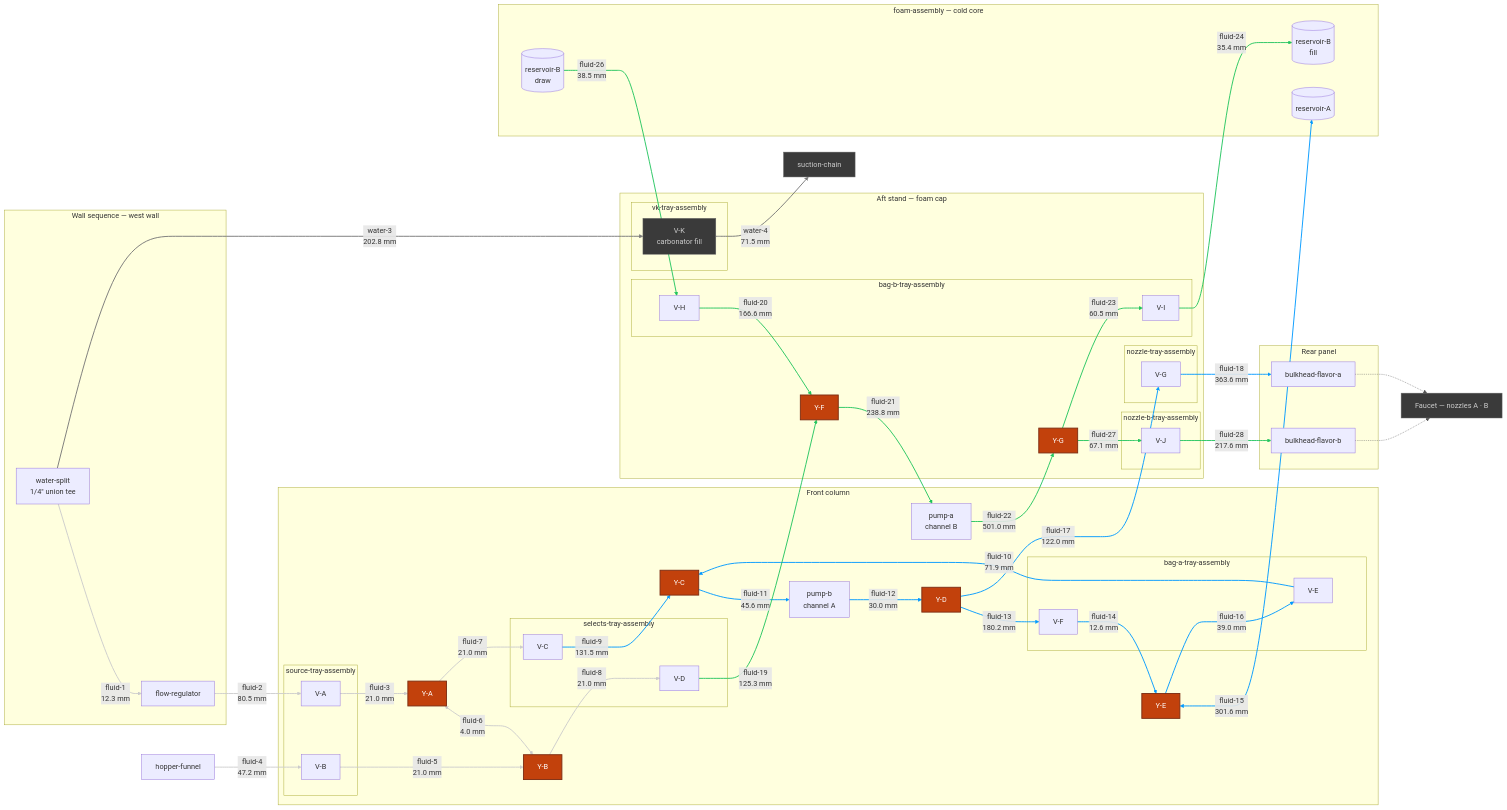
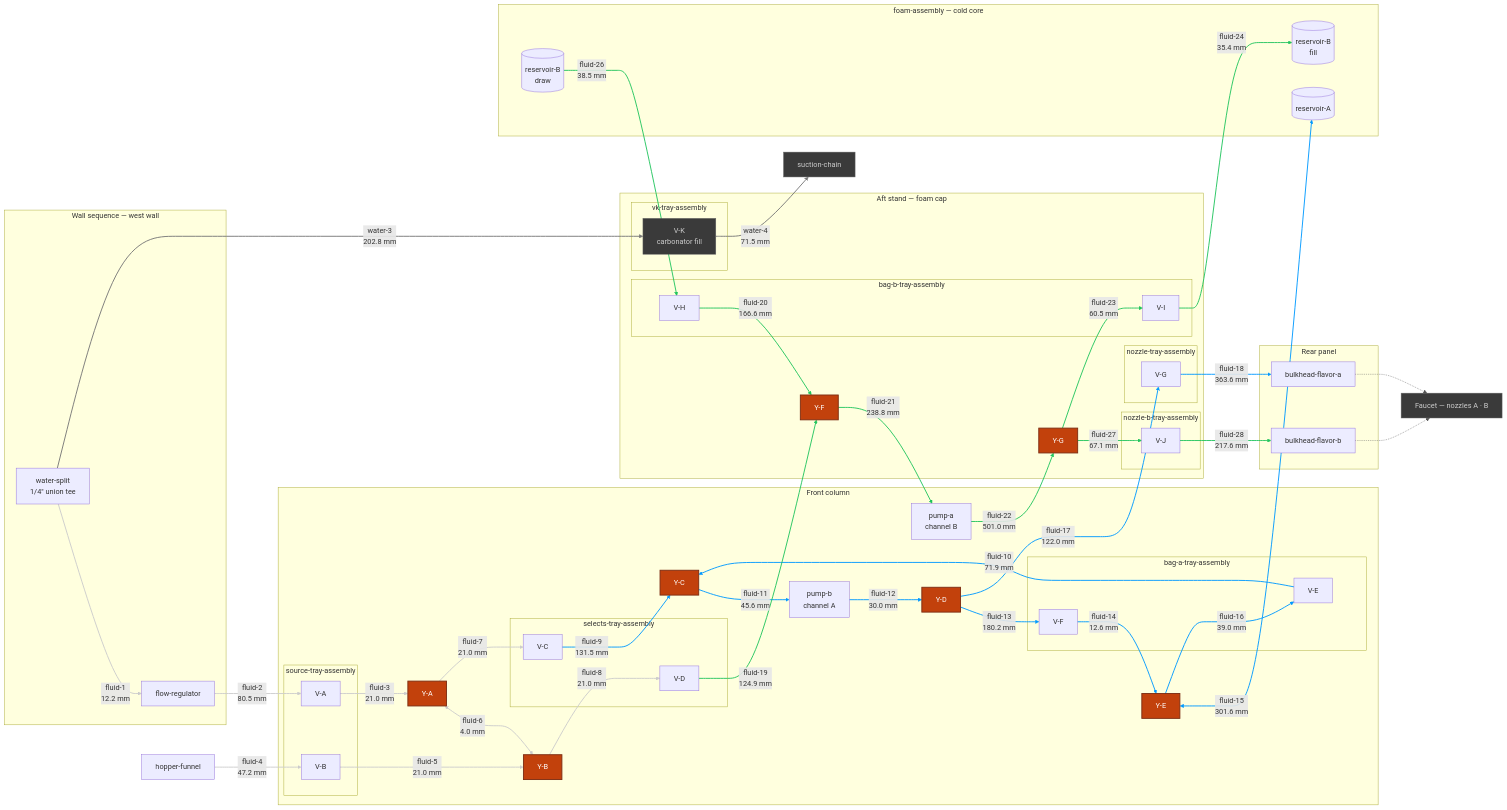
The diagram in hardware/topology/fluid-topology-manifold.mmd (derekbreden/homesodamachine), drawn with Mermaid before and after one commit. The commit also changed 5 other files, not shown here.

```diff
--- a/hardware/topology/fluid-topology-manifold.mmd
+++ b/hardware/topology/fluid-topology-manifold.mmd
@@ -10,8 +10,8 @@
   %% `_fluid_topology_sync.py` writes every number below and gates every edge against
   %% the built run — an edge whose two ends are not that run's two ends fails the gate.
 
-  %% The 27 flavor segments come to [2976.7 mm](FLUID_TOTAL) of 1/4" LLDPE, over
-  %% [68](FLUID_BENDS) bends. The longest is [fluid-22](LONGEST_ID) at
+  %% The 27 flavor segments come to [2976.1 mm](FLUID_TOTAL) of 1/4" LLDPE, over
+  %% [66](FLUID_BENDS) bends. The longest is [fluid-22](LONGEST_ID) at
   %% [501.0 mm](LONGEST_LEN); the shortest is [fluid-6](SHORTEST_ID) at
   %% [4.0 mm](SHORTEST_LEN).
 
@@ -131,7 +131,7 @@
   %% the source pair stands in the selects pair's own two seats one stack pitch up, so
   %% each Tee's run falls straight down one column and the two branches face each other
   %% across fluid-6, which puts all four ports on one hydraulic node.
-  Split -->|"fluid-1<br/>12.3 mm"| Reg
+  Split -->|"fluid-1<br/>12.2 mm"| Reg
   Reg -->|"fluid-2<br/>80.5 mm"| VA
   VA -->|"fluid-3<br/>21.0 mm"| YA
   Hopper -->|"fluid-4<br/>47.2 mm"| VB
@@ -167,7 +167,7 @@
   %% over the electronics shelf and down the collet band, the outlet over the water deck
   %% and up the tray-east lane — so neither owes the other any separation. It is why the
   %% two longest flavor runs in the machine are this channel's.
-  VD -->|"fluid-19<br/>125.3 mm"| YF
+  VD -->|"fluid-19<br/>124.9 mm"| YF
   VH -->|"fluid-20<br/>166.6 mm"| YF
   YF -->|"fluid-21<br/>238.8 mm"| PA
   PA -->|"fluid-22<br/>501.0 mm"| YG
```
